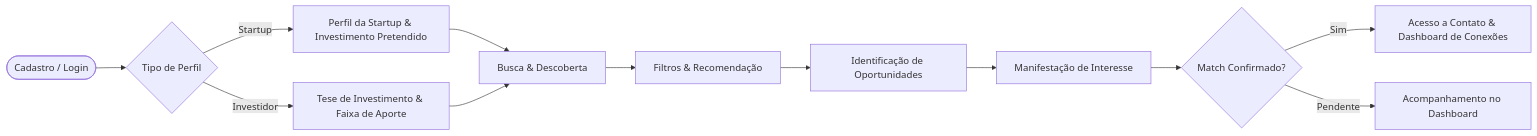
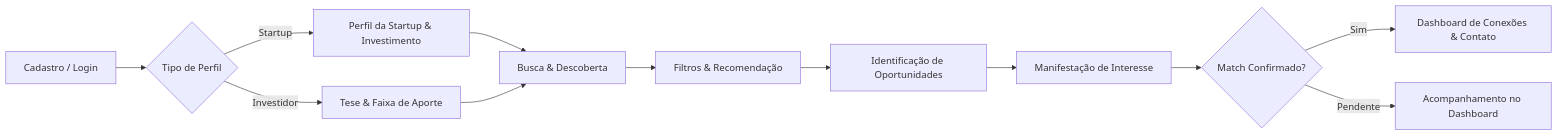
One commit to kiellzz/nexo changed the first of 2 diagrams in README.md. Above: the diagram before and after it, drawn with Mermaid. The commit also changed other lines of this file, not shown here.

Commit message:
Update flowchart and architecture diagrams in README

````diff
--- a/README.md
+++ b/README.md
@@ -77,14 +77,14 @@
 ```mermaid
 flowchart LR
-    A([Cadastro / Login]) --> B{Tipo de Perfil}
-    B -->|Startup| C[Perfil da Startup & Investimento Pretendido]
-    B -->|Investidor| D[Tese de Investimento & Faixa de Aporte]
-    C --> E[Busca & Descoberta]
+    A["Cadastro / Login"] --> B{"Tipo de Perfil"}
+    B -->|Startup| C["Perfil da Startup & Investimento"]
+    B -->|Investidor| D["Tese & Faixa de Aporte"]
+    C --> E["Busca & Descoberta"]
     D --> E
-    E --> F[Filtros & Recomendação]
-    F --> G[Identificação de Oportunidades]
-    G --> H[Manifestação de Interesse]
-    H --> I{Match Confirmado?}
-    I -->|Sim| J[Acesso a Contato & Dashboard de Conexões]
-    I -->|Pendente| K[Acompanhamento no Dashboard]
+    E --> F["Filtros & Recomendação"]
+    F --> G["Identificação de Oportunidades"]
+    G --> H["Manifestação de Interesse"]
+    H --> I{"Match Confirmado?"}
+    I -->|Sim| J["Dashboard de Conexões & Contato"]
+    I -->|Pendente| K["Acompanhamento no Dashboard"]
 ```
````
